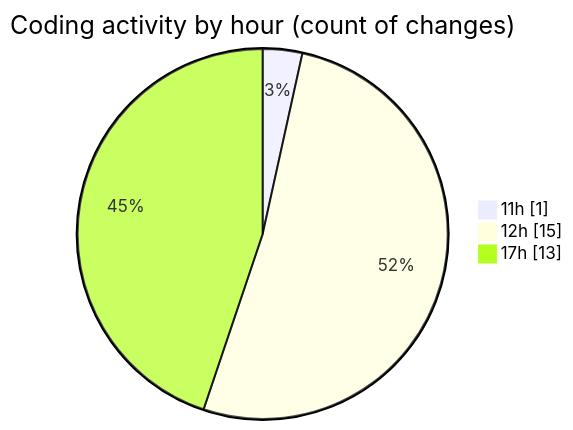
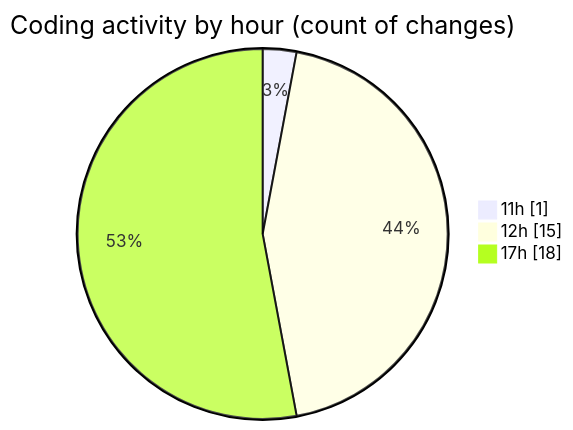
The second of 2 diagrams in 2025-09-04/nxtqube_webapp/README.md (nxtqubesakshisongat/code-tracking), drawn with Mermaid before and after one commit. The commit also changed other lines of this file and 1 other file, not shown here.

````diff
--- a/2025-09-04/nxtqube_webapp/README.md
+++ b/2025-09-04/nxtqube_webapp/README.md
@@ -28,7 +28,7 @@
 ```mermaid
 pie showData
 title Coding activity by hour (count of changes)
 "11h" : 1
 "12h" : 15
-"17h" : 13
+"17h" : 18
 ```
````
